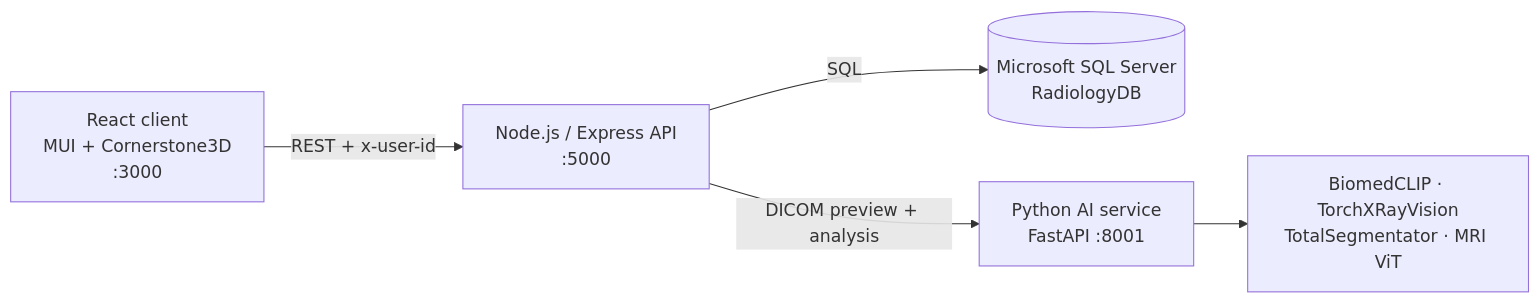
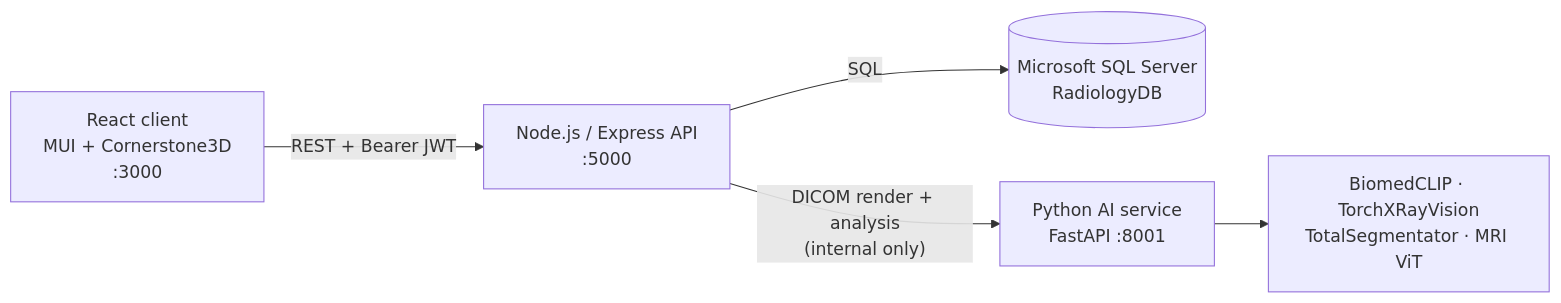
The diagram in README.md (manikantar585-lgtm/Radiology-Medical-Image-Viewing-System), drawn with Mermaid before and after one commit. The commit also changed other lines of this file and 72 other files, not shown here.

````diff
--- a/README.md
+++ b/README.md
@@ -50,7 +51,7 @@
 ```mermaid
 flowchart LR
-    A["React client<br/>MUI + Cornerstone3D<br/>:3000"] -->|REST + x-user-id| B["Node.js / Express API<br/>:5000"]
+    A["React client<br/>MUI + Cornerstone3D<br/>:3000"] -->|"REST + Bearer JWT"| B["Node.js / Express API<br/>:5000"]
     B -->|SQL| C[("Microsoft SQL Server<br/>RadiologyDB")]
-    B -->|DICOM preview + analysis| D["Python AI service<br/>FastAPI :8001"]
+    B -->|"DICOM render + analysis<br/>(internal only)"| D["Python AI service<br/>FastAPI :8001"]
     D --> E["BiomedCLIP · TorchXRayVision<br/>TotalSegmentator · MRI ViT"]
 ```
````
